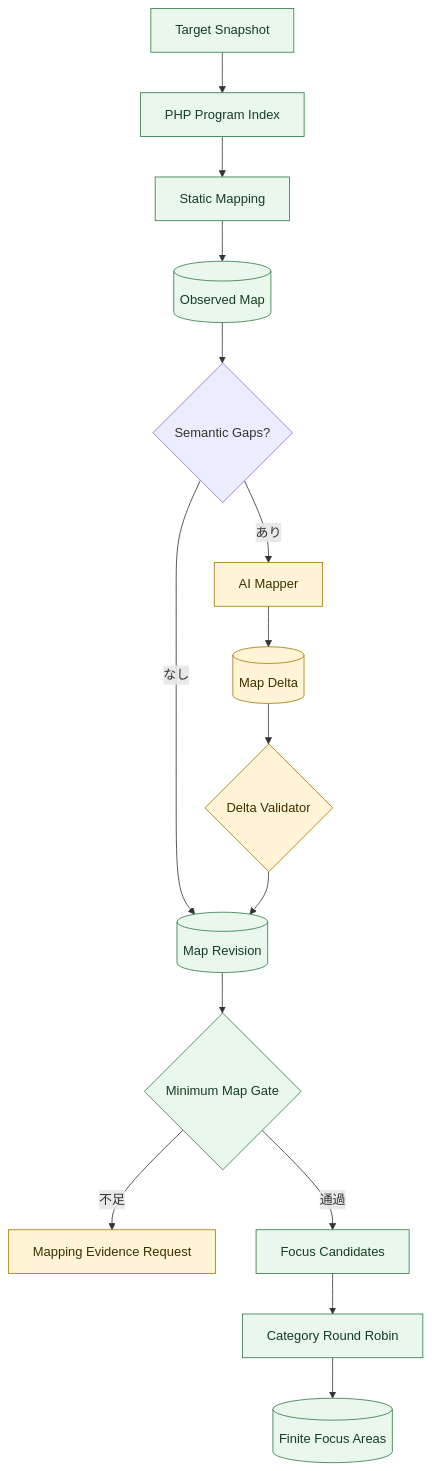
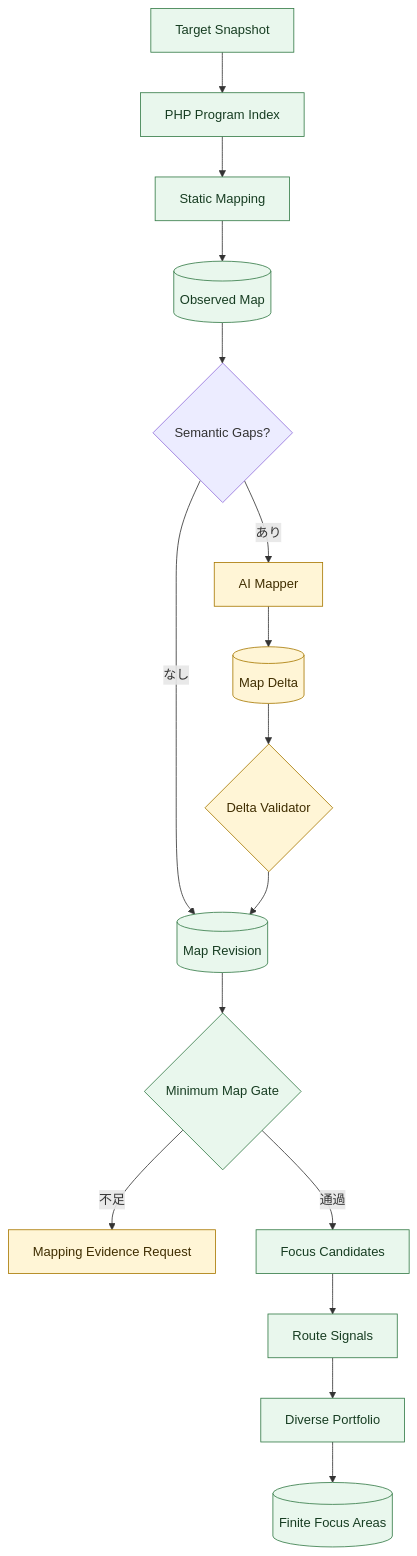
The first of 7 diagrams in docs/design/architecture/exploration-agent-architecture.md (momoponwork1415-lgtm/wordpress-harness), drawn with Mermaid before and after one commit. The commit also changed other lines of this file and 12 other files, not shown here.

Commit message:
Prioritize route-shaped exploration focus

````diff
--- a/docs/design/architecture/exploration-agent-architecture.md
+++ b/docs/design/architecture/exploration-agent-architecture.md
@@ -11,29 +11,30 @@
 ```mermaid
 flowchart TB
     snapshot["Target Snapshot"]
     index["PHP Program Index"]
     mapper["Static Mapping"]
     base[("Observed Map")]
     gaps{"Semantic Gaps?"}
     ai["AI Mapper"]
     delta[("Map Delta")]
     validate{"Delta Validator"}
     map[("Map Revision")]
     gate{"Minimum Map Gate"}
     revise["Mapping Evidence Request"]
     candidates["Focus Candidates"]
-    portfolio["Category Round Robin"]
+    rank["Route Signals"]
+    portfolio["Diverse Portfolio"]
     focus[("Finite Focus Areas")]
 
     snapshot --> index --> mapper --> base --> gaps
     gaps -->|"なし"| map
     gaps -->|"あり"| ai --> delta --> validate --> map
     map --> gate
     gate -->|"不足"| revise
-    gate -->|"通過"| candidates --> portfolio --> focus
+    gate -->|"通過"| candidates --> rank --> portfolio --> focus
 
     classDef done fill:#e9f7ed,stroke:#337a46,color:#173d22;
     classDef partial fill:#fff5d6,stroke:#a87800,color:#3f2d00;
-    class snapshot,index,mapper,base,map,gate,candidates,portfolio,focus done;
+    class snapshot,index,mapper,base,map,gate,candidates,rank,portfolio,focus done;
     class ai,delta,validate,revise partial;
 ```
````
